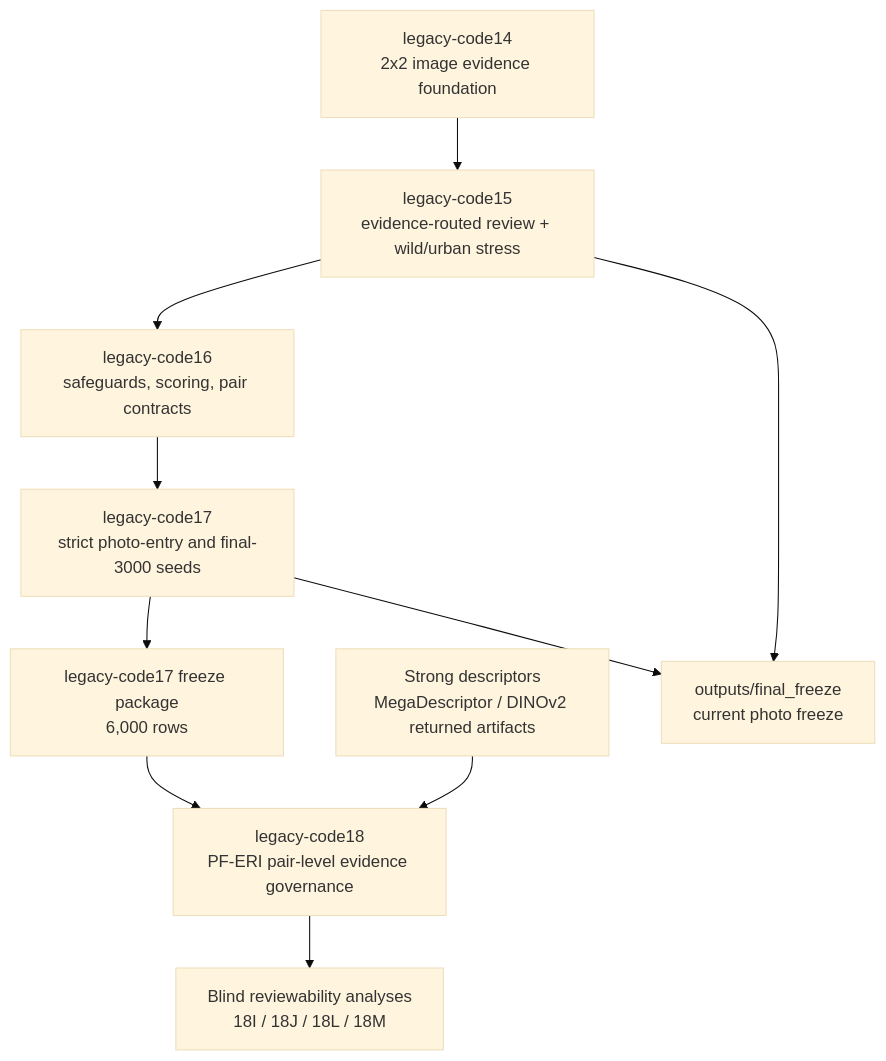
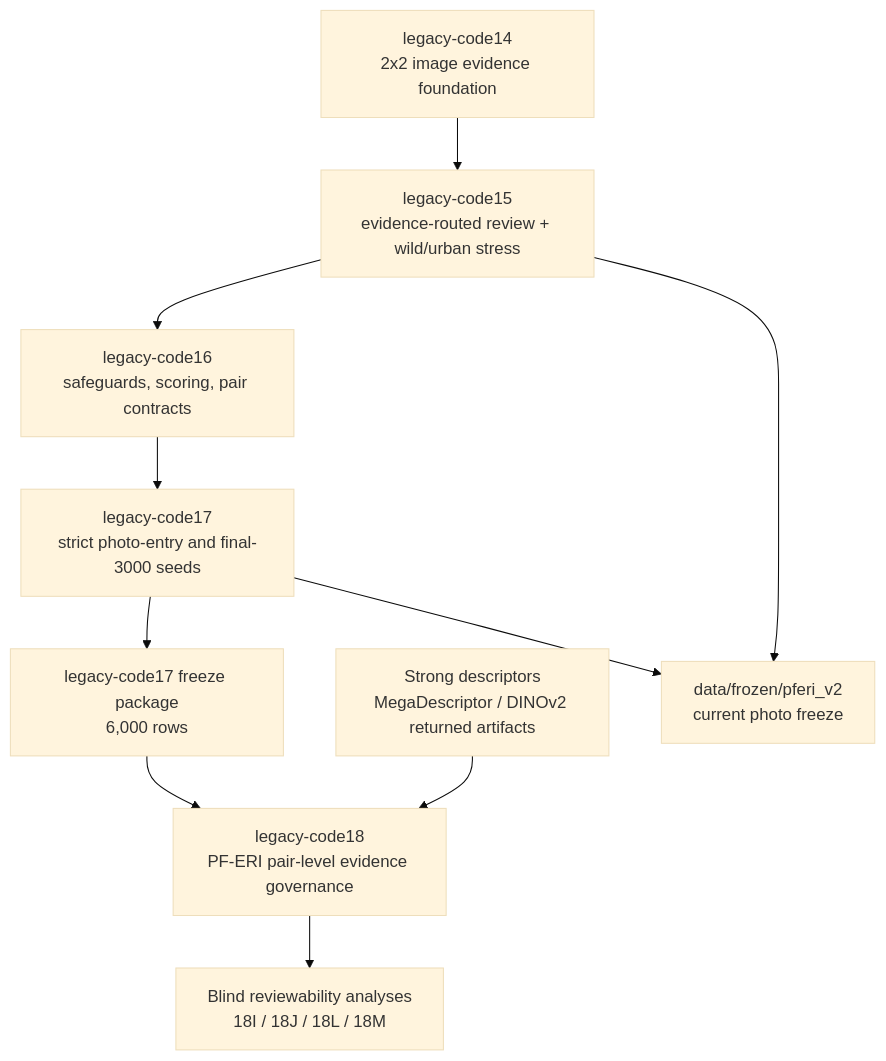
The third of 4 diagrams in docs/project-governance/structure/2026-07-07_codegraph_project_structure_map.md (Dean-999/felid-review-readiness-triage), drawn with Mermaid (base theme) before and after one commit. The commit also changed other lines of this file and 124 other files, not shown here.

````diff
--- a/docs/project-governance/structure/2026-07-07_codegraph_project_structure_map.md
+++ b/docs/project-governance/structure/2026-07-07_codegraph_project_structure_map.md
@@ -120,18 +120,18 @@
 ```mermaid
 flowchart TB
   P14["legacy-code14<br/>2x2 image evidence foundation"]
   P15["legacy-code15<br/>evidence-routed review + wild/urban stress"]
   P16["legacy-code16<br/>safeguards, scoring, pair contracts"]
   P17["legacy-code17<br/>strict photo-entry and final-3000 seeds"]
   FreezePkg["legacy-code17 freeze package<br/>6,000 rows"]
   P18["legacy-code18<br/>PF-ERI pair-level evidence governance"]
   Strong["Strong descriptors<br/>MegaDescriptor / DINOv2 returned artifacts"]
   Reviews["Blind reviewability analyses<br/>18I / 18J / 18L / 18M"]
-  FinalFreeze["outputs/final_freeze<br/>current photo freeze"]
+  FinalFreeze["data/frozen/pferi_v2<br/>current photo freeze"]
 
   P14 --> P15 --> P16 --> P17 --> FreezePkg --> P18
   Strong --> P18
   P18 --> Reviews
   P17 --> FinalFreeze
   P15 --> FinalFreeze
 ```
````
